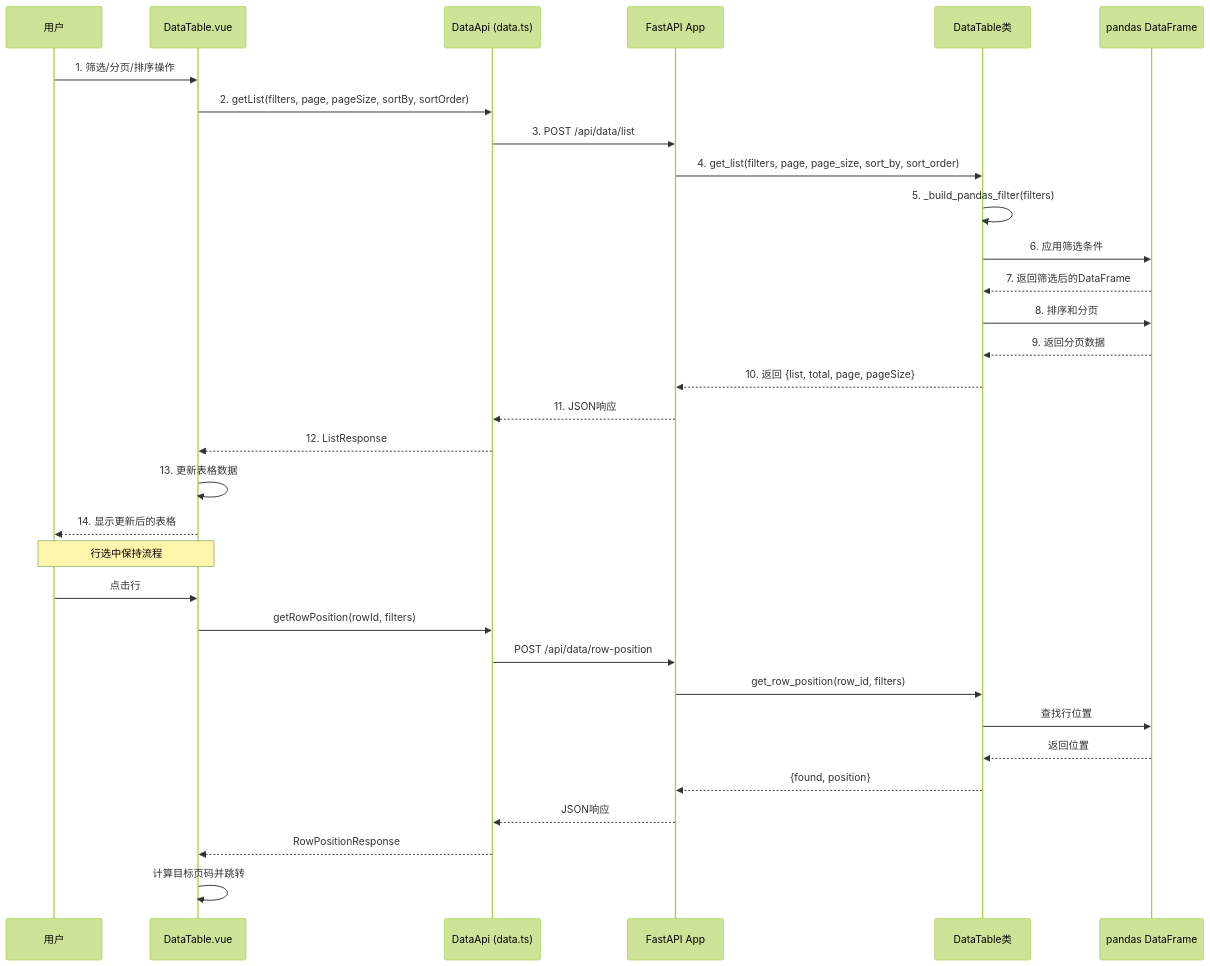
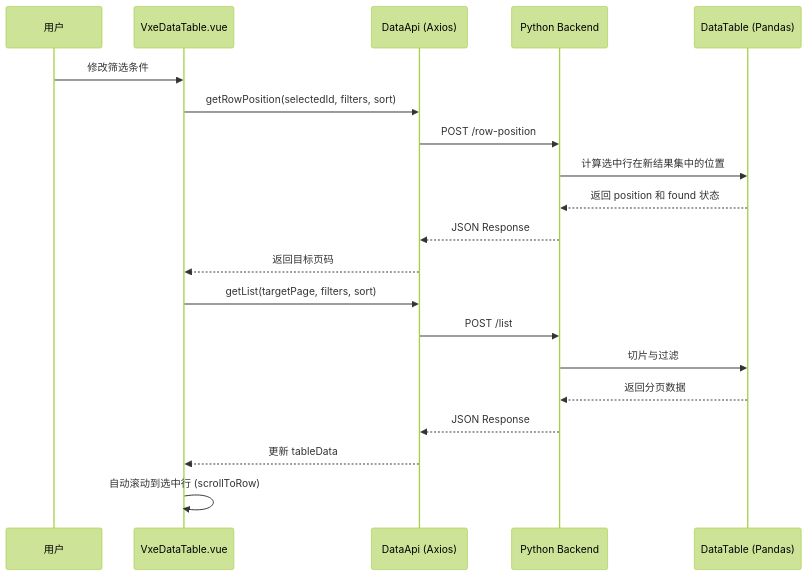
The second of 3 diagrams in README.md (doublesea/realtime-table), drawn with Mermaid (forest theme) before and after one commit. The commit also changed other lines of this file and 1 other file, not shown here.

````diff
--- a/README.md
+++ b/README.md
@@ -261,36 +87,23 @@
 ```mermaid
 sequenceDiagram
     participant User as 用户
-    participant Vue as DataTable.vue
-    participant API as DataApi (data.ts)
-    participant FastAPI as FastAPI App
-    participant DT as DataTable类
-    participant PD as pandas DataFrame
-    
-    User->>Vue: 1. 筛选/分页/排序操作
-    Vue->>API: 2. getList(filters, page, pageSize, sortBy, sortOrder)
-    API->>FastAPI: 3. POST /api/data/list
-    FastAPI->>DT: 4. get_list(filters, page, page_size, sort_by, sort_order)
-    DT->>DT: 5. _build_pandas_filter(filters)
-    DT->>PD: 6. 应用筛选条件
-    PD-->>DT: 7. 返回筛选后的DataFrame
-    DT->>PD: 8. 排序和分页
-    PD-->>DT: 9. 返回分页数据
-    DT-->>FastAPI: 10. 返回 {list, total, page, pageSize}
-    FastAPI-->>API: 11. JSON响应
-    API-->>Vue: 12. ListResponse
-    Vue->>Vue: 13. 更新表格数据
-    Vue-->>User: 14. 显示更新后的表格
-    
-    Note over User,Vue: 行选中保持流程
-    User->>Vue: 点击行
-    Vue->>API: getRowPosition(rowId, filters)
-    API->>FastAPI: POST /api/data/row-position
-    FastAPI->>DT: get_row_position(row_id, filters)
-    DT->>PD: 查找行位置
-    PD-->>DT: 返回位置
-    DT-->>FastAPI: {found, position}
-    FastAPI-->>API: JSON响应
-    API-->>Vue: RowPositionResponse
-    Vue->>Vue: 计算目标页码并跳转
+    participant Vue as VxeDataTable.vue
+    participant API as DataApi (Axios)
+    participant FastAPI as Python Backend
+    participant DT as DataTable (Pandas)
+
+    User->>Vue: 修改筛选条件
+    Vue->>API: getRowPosition(selectedId, filters, sort)
+    API->>FastAPI: POST /row-position
+    FastAPI->>DT: 计算选中行在新结果集中的位置
+    DT-->>FastAPI: 返回 position 和 found 状态
+    FastAPI-->>API: JSON Response
+    API-->>Vue: 返回目标页码
+    Vue->>API: getList(targetPage, filters, sort)
+    API->>FastAPI: POST /list
+    FastAPI->>DT: 切片与过滤
+    DT-->>FastAPI: 返回分页数据
+    FastAPI-->>API: JSON Response
+    API-->>Vue: 更新 tableData
+    Vue->>Vue: 自动滚动到选中行 (scrollToRow)
 ```
````
